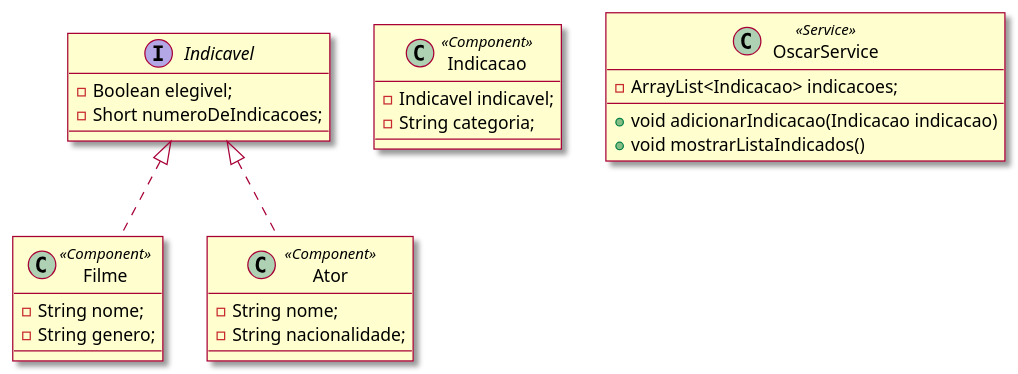
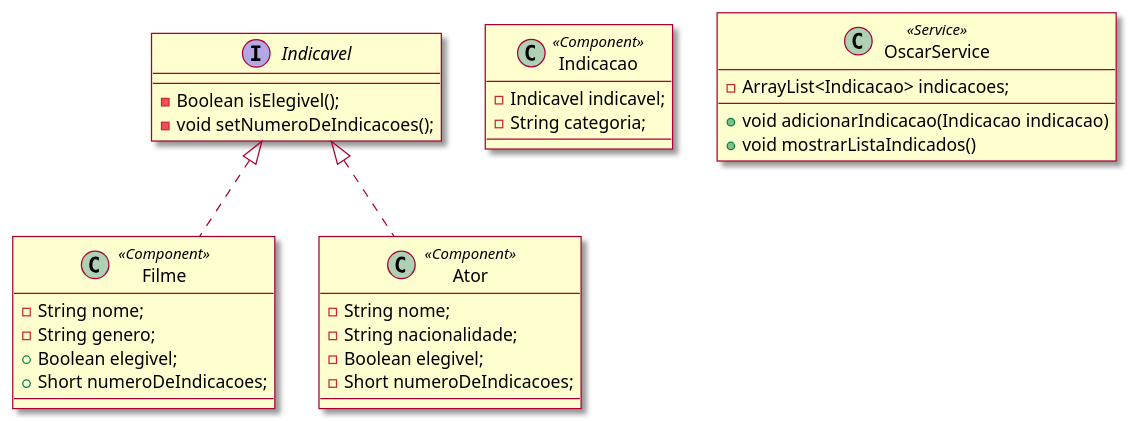
The diagram in avaliacoes/assets/exercicio03_class.plantuml (ardnaile/back-end), drawn with PlantUML before and after one commit. The commit also changed 3 other files, not shown here.

```diff
--- a/avaliacoes/assets/exercicio03_class.plantuml
+++ b/avaliacoes/assets/exercicio03_class.plantuml
@@ -1,31 +1,35 @@
 @startuml
 
 skin rose
 
 interface Indicavel {
-  -Boolean elegivel;
-  -Short numeroDeIndicacoes;
+  -Boolean isElegivel();
+  -void setNumeroDeIndicacoes();
 }
 
 class Filme <<Component>> implements Indicavel {
   -String nome;
   -String genero;
+  +Boolean elegivel;
+  +Short numeroDeIndicacoes;
 }
 
 class Ator <<Component>> implements Indicavel {
   -String nome;
   -String nacionalidade;
+  -Boolean elegivel;
+  -Short numeroDeIndicacoes;
 }
 
 class Indicacao <<Component>> {
   -Indicavel indicavel;
   -String categoria;
 }
 
 class OscarService <<Service>> {
   -ArrayList<Indicacao> indicacoes;
   +void adicionarIndicacao(Indicacao indicacao)
   +void mostrarListaIndicados()
 }
 
 @enduml
```
